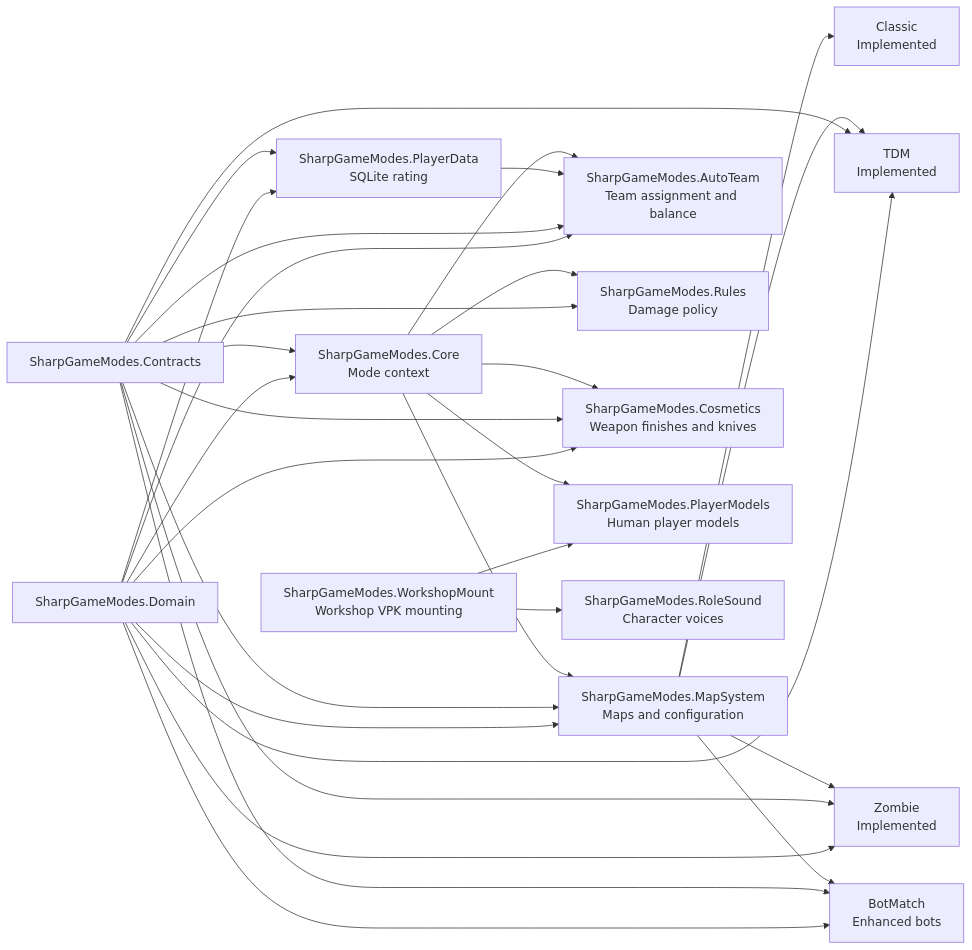
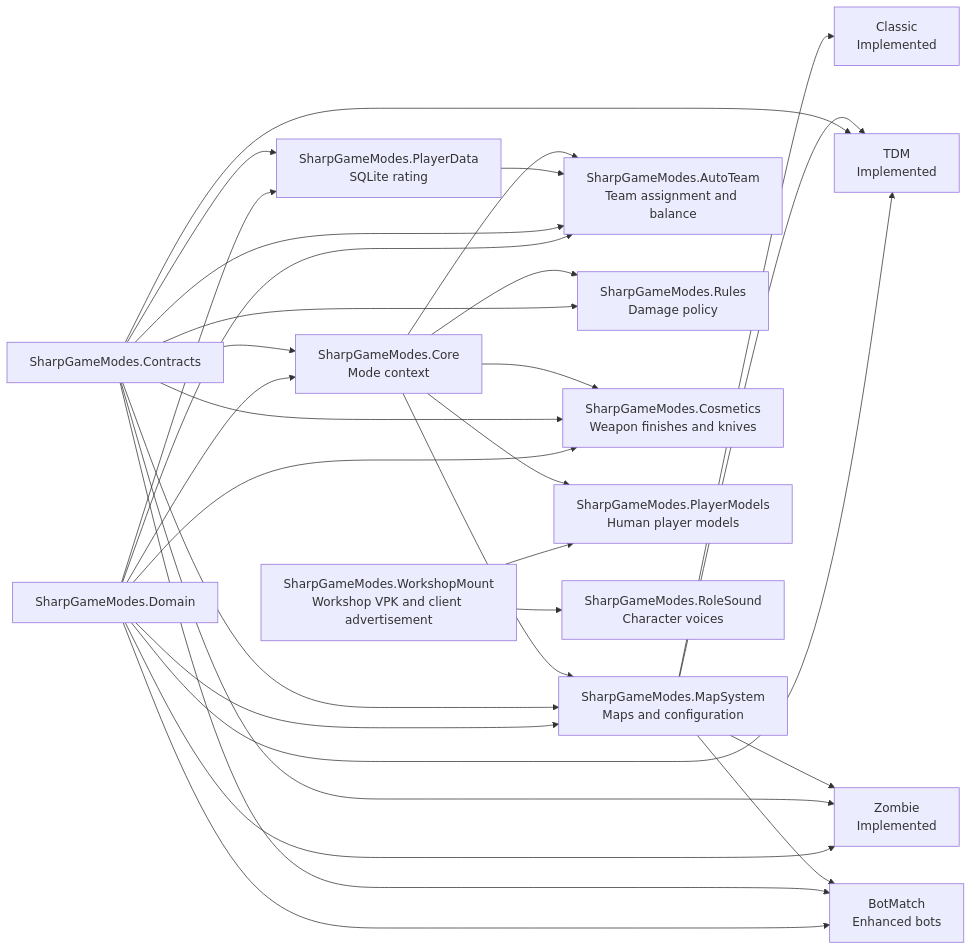
Before and after one commit to rainyKnight/SharpGameModes: the diagram in docs/architecture.md, drawn with Mermaid. The commit also changed other lines of this file and 10 other files, not shown here.

Commit message:
Add client Workshop addon advertisement

````diff
--- a/docs/architecture.md
+++ b/docs/architecture.md
@@ -7,32 +7,32 @@
 ```mermaid
 flowchart LR
     C["SharpGameModes.Core\nMode context"] --> M["SharpGameModes.MapSystem\nMaps and configuration"]
     C --> A["SharpGameModes.AutoTeam\nTeam assignment and balance"]
     P["SharpGameModes.PlayerData\nSQLite rating"] --> A
     C --> R["SharpGameModes.Rules\nDamage policy"]
     C --> CO["SharpGameModes.Cosmetics\nWeapon finishes and knives"]
     C --> PM["SharpGameModes.PlayerModels\nHuman player models"]
-    W["SharpGameModes.WorkshopMount\nWorkshop VPK mounting"] --> PM
+    W["SharpGameModes.WorkshopMount\nWorkshop VPK and client advertisement"] --> PM
     W --> RS["SharpGameModes.RoleSound\nCharacter voices"]
     M --> CL["Classic\nImplemented"]
     M --> TD["TDM\nImplemented"]
     M --> ZM["Zombie\nImplemented"]
     M --> BM["BotMatch\nEnhanced bots"]
     CT["SharpGameModes.Contracts"] --> C
     CT --> M
     CT --> A
     CT --> R
     CT --> P
     CT --> TD
     CT --> ZM
     CT --> BM
     CT --> CO
     D["SharpGameModes.Domain"] --> C
     D --> M
     D --> A
     D --> P
     D --> TD
     D --> ZM
     D --> BM
     D --> CO
 ```
````
